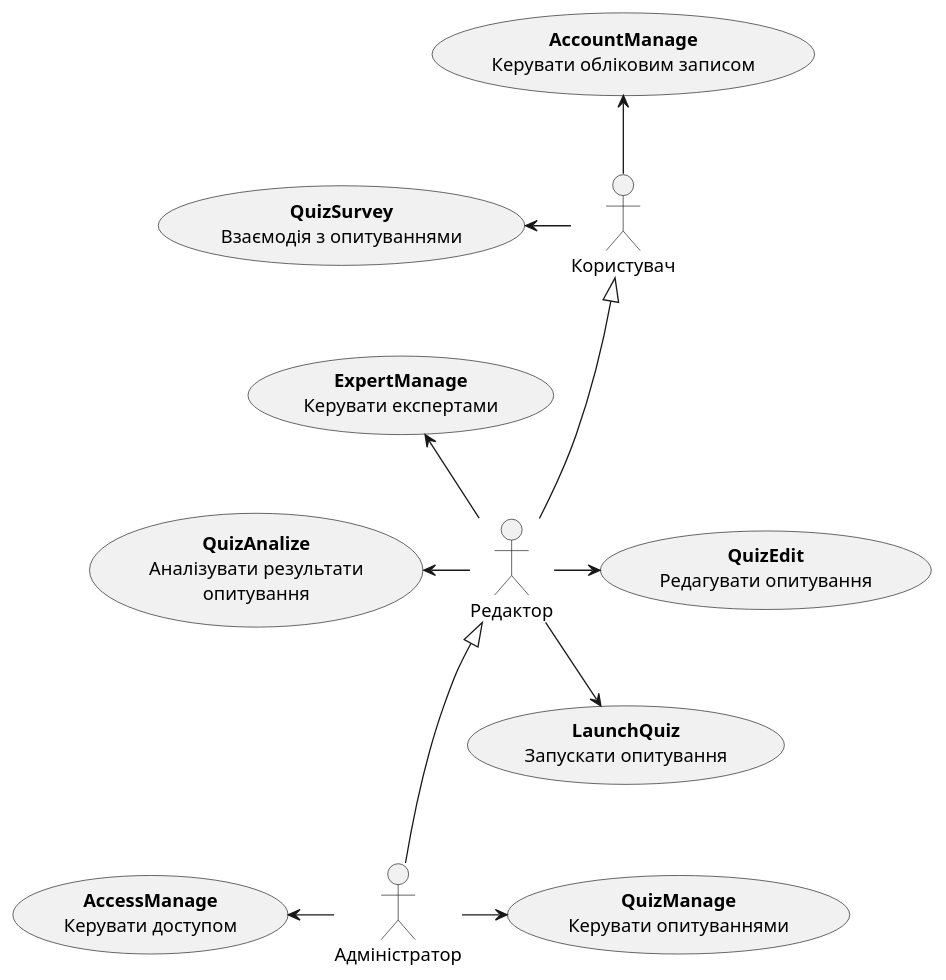
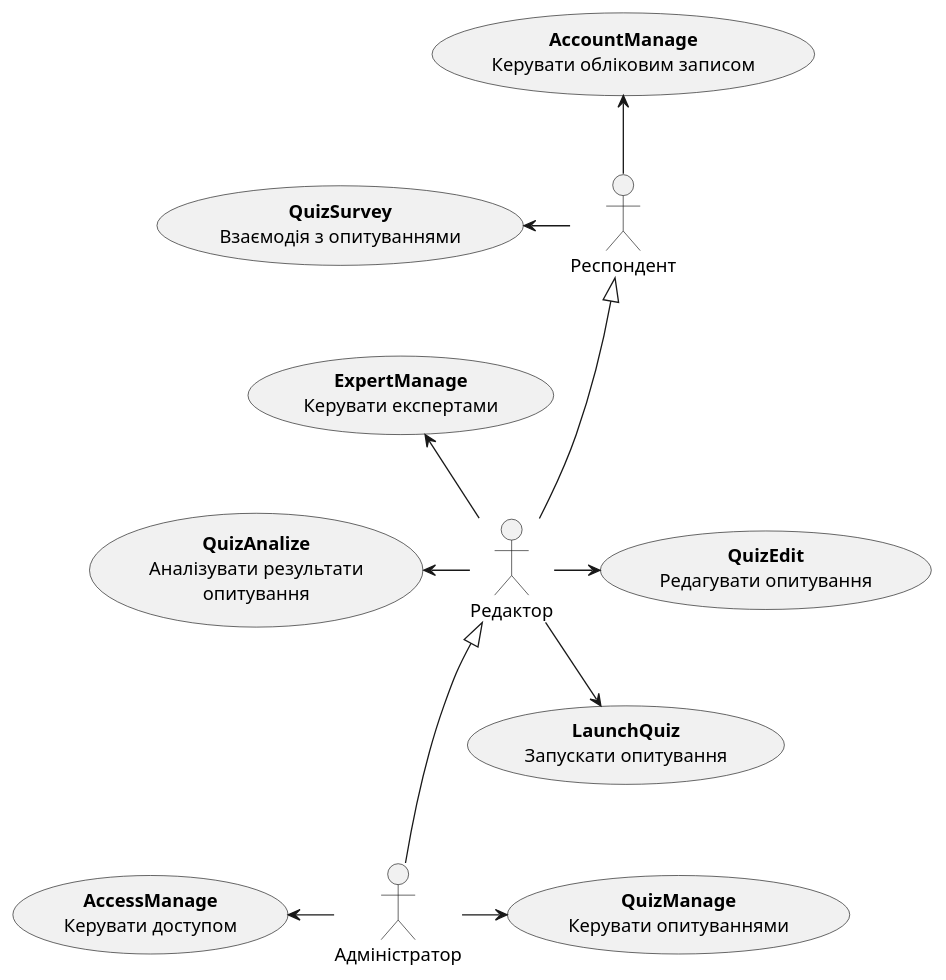
Before and after one commit to edu-db/edu_db_labs: the first of 16 diagrams in docs/use cases/README.md, drawn with PlantUML. The commit also changed other lines of this file, not shown here.

```diff
--- a/docs/use cases/README.md
+++ b/docs/use cases/README.md
@@ -12,30 +12,30 @@
 @startuml
 
-  actor "Користувач" as User
+  actor "Респондент" as User
   actor "Редактор" as Editor
   actor "Адміністратор" as Admin
   
   Editor --u-|> User
   Admin --u-|> Editor
   
   usecase "<b>AccountManage</b>\nКерувати обліковим записом" as AccountManage
   usecase "<b>QuizSurvey</b>\nВзаємодія з опитуваннями" as QuizSurvey
   usecase "<b>QuizEdit</b>\nРедагувати опитування" as QuizEdit
   usecase "<b>ExpertManage</b>\nКерувати експертами" as ExpertManage
   usecase "<b>LaunchQuiz</b>\nЗапускати опитування" as LaunchQuiz
   usecase "<b>QuizAnalize</b>\nАналізувати результати\nопитування" as QuizAnalize
   usecase "<b>QuizManage</b>\nКерувати опитуваннями" as QuizManage
   usecase "<b>AccessManage</b>\nКерувати доступом" as AccessManage
  
   User -u-> AccountManage
   User -l-> QuizSurvey
   
   Editor -u-> ExpertManage
   Editor -l-> QuizAnalize
   Editor -r-> QuizEdit
   Editor -d-> LaunchQuiz
   
   Admin -r-> QuizManage
   Admin -l-> AccessManage
 
 @enduml
```
